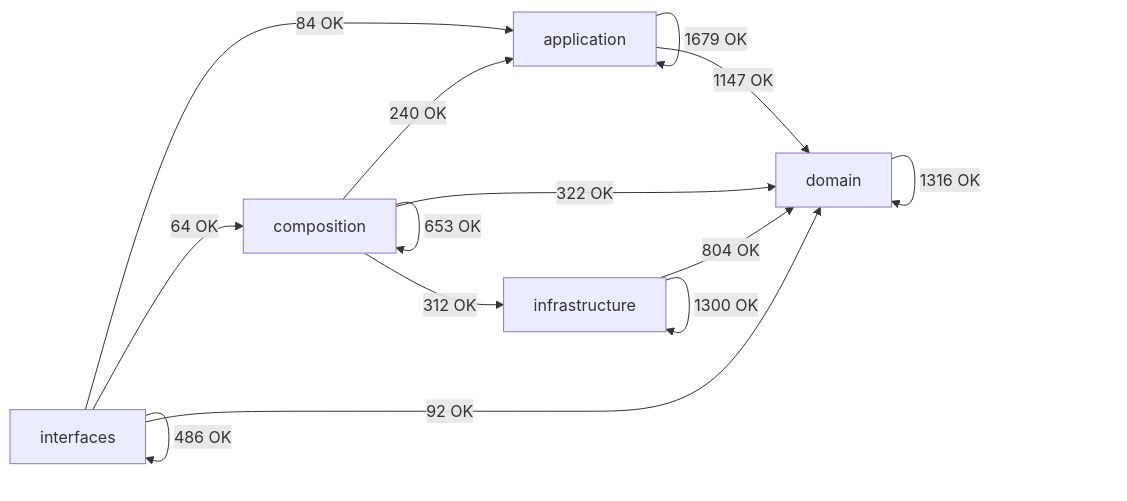
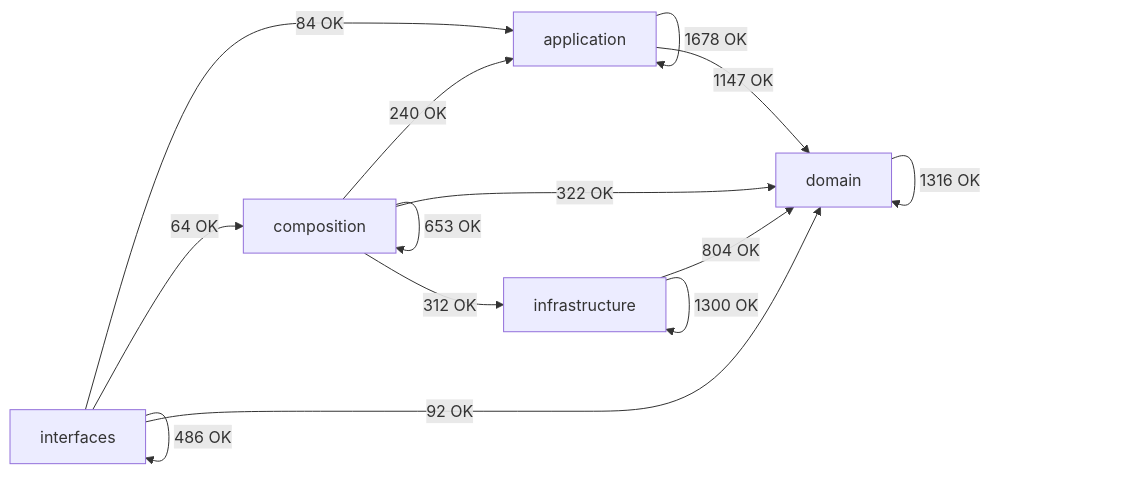
Before and after one commit to SatoryKono/BioactivityDataAcquisition: the diagram in docs/02-architecture/generated/module-dependency-map.md, drawn with Mermaid. The commit also changed other lines of this file and 83 other files, not shown here.

````diff
--- a/docs/02-architecture/generated/module-dependency-map.md
+++ b/docs/02-architecture/generated/module-dependency-map.md
@@ -17,21 +17,21 @@
 ```mermaid
 flowchart LR
     domain[domain]
     application[application]
     infrastructure[infrastructure]
     composition[composition]
     interfaces[interfaces]
-    application -->|1679 OK| application
+    application -->|1678 OK| application
     application -->|1147 OK| domain
     composition -->|240 OK| application
     composition -->|653 OK| composition
     composition -->|322 OK| domain
     composition -->|312 OK| infrastructure
     domain -->|1316 OK| domain
     infrastructure -->|804 OK| domain
     infrastructure -->|1300 OK| infrastructure
     interfaces -->|84 OK| application
     interfaces -->|64 OK| composition
     interfaces -->|92 OK| domain
     interfaces -->|486 OK| interfaces
 ```
````
